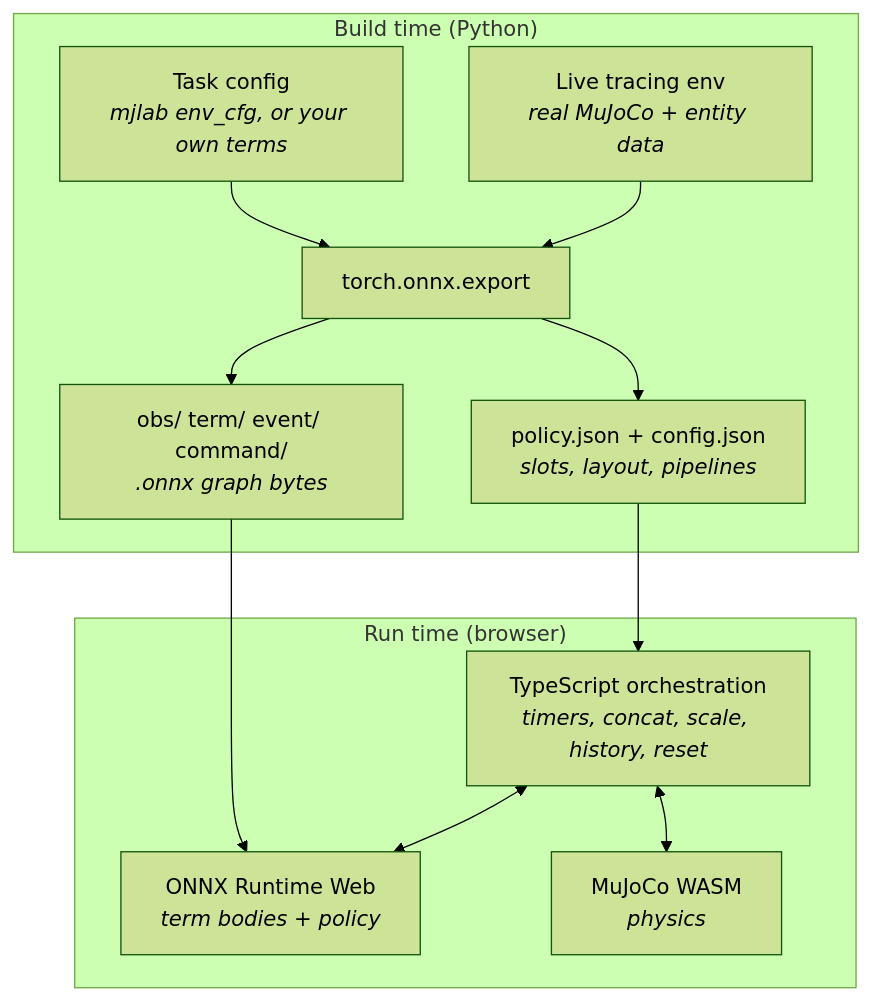
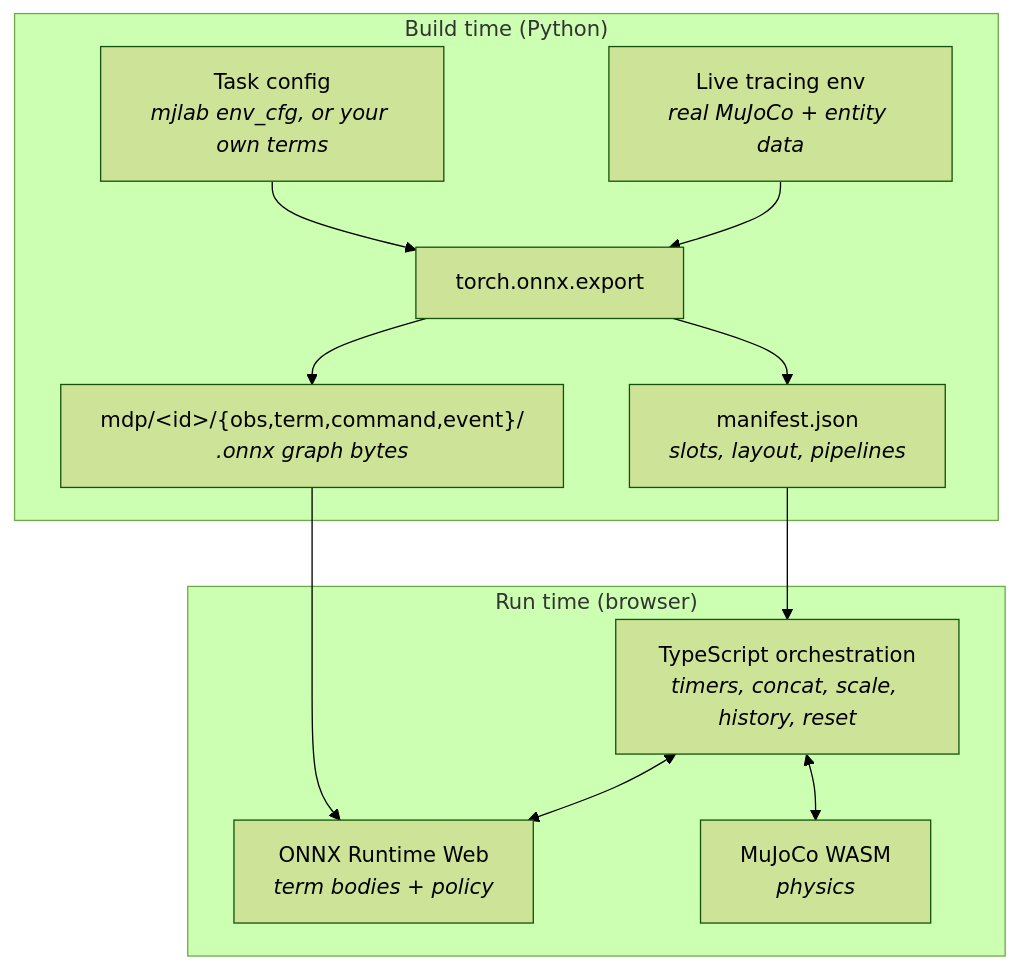
Before and after one commit to shaneholloman/muwanx: the diagram in docs/docs/guides/how-it-works.md, drawn with Mermaid (forest theme). The commit also changed other lines of this file and 15 other files, not shown here.

````diff
--- a/docs/docs/guides/how-it-works.md
+++ b/docs/docs/guides/how-it-works.md
@@ -68,23 +68,23 @@
 ```mermaid
 flowchart TB
   subgraph build["Build time (Python)"]
     cfg["Task config<br/><i>mjlab env_cfg, or your own terms</i>"]
     env["Live tracing env<br/><i>real MuJoCo + entity data</i>"]
     trace["torch.onnx.export"]
     cfg --> trace
     env --> trace
-    trace --> graphs["obs/ term/ event/ command/<br/><i>.onnx graph bytes</i>"]
-    trace --> meta["policy.json + config.json<br/><i>slots, layout, pipelines</i>"]
+    trace --> graphs["mdp/&lt;id&gt;/{obs,term,command,event}/<br/><i>.onnx graph bytes</i>"]
+    trace --> meta["manifest.json<br/><i>slots, layout, pipelines</i>"]
   end
 
   subgraph run["Run time (browser)"]
     ort["ONNX Runtime Web<br/><i>term bodies + policy</i>"]
     native["TypeScript orchestration<br/><i>timers, concat, scale, history, reset</i>"]
     wasm["MuJoCo WASM<br/><i>physics</i>"]
     native <--> ort
     native <--> wasm
   end
 
   graphs --> ort
   meta --> native
 ```
````
